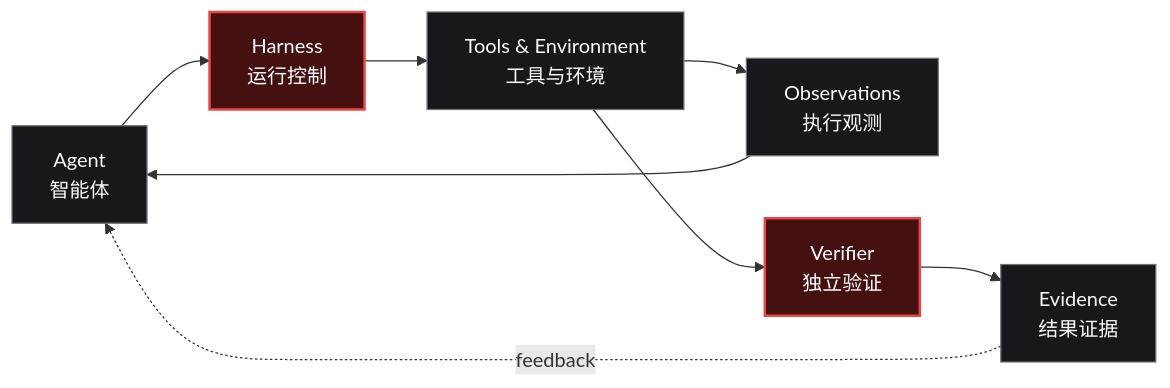
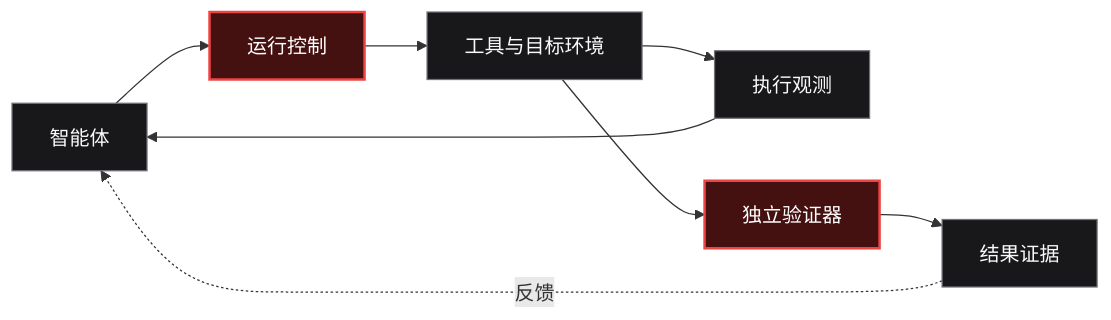
The diagram in profile/README.md (red-copilot/.github), drawn with Mermaid before and after one commit. The commit also changed other lines of this file, not shown here.

````diff
--- a/profile/README.md
+++ b/profile/README.md
@@ -78,14 +66,14 @@
 ```mermaid
 flowchart LR
-    A["Agent<br/>智能体"] --> B["Harness<br/>运行控制"]
-    B --> C["Tools & Environment<br/>工具与环境"]
-    C --> D["Observations<br/>执行观测"]
+    A["智能体"] --> B["运行控制"]
+    B --> C["工具与目标环境"]
+    C --> D["执行观测"]
     D --> A
-    C --> E["Verifier<br/>独立验证"]
-    E --> F["Evidence<br/>结果证据"]
-    F -. feedback .-> A
+    C --> E["独立验证器"]
+    E --> F["结果证据"]
+    F -. 反馈 .-> A
     classDef core fill:#451010,stroke:#ef4444,color:#fff,stroke-width:2px;
     classDef node fill:#18181b,stroke:#71717a,color:#fafafa;
     class B,E core;
     class A,C,D,F node;
 ```
````
